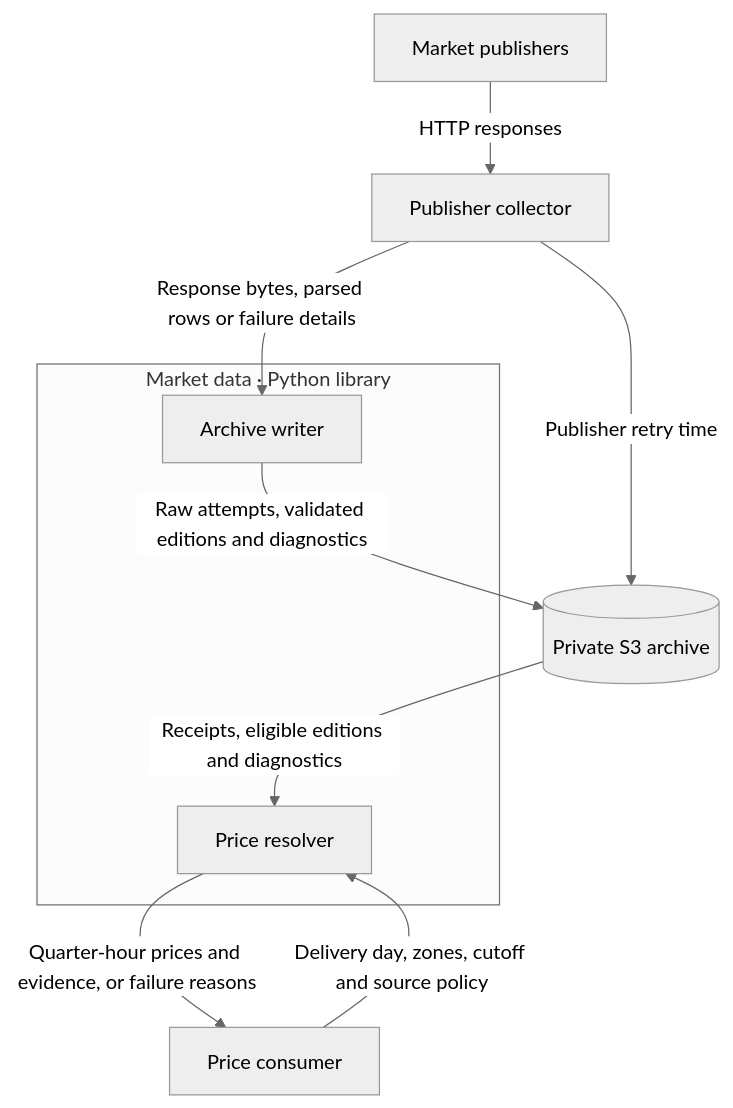
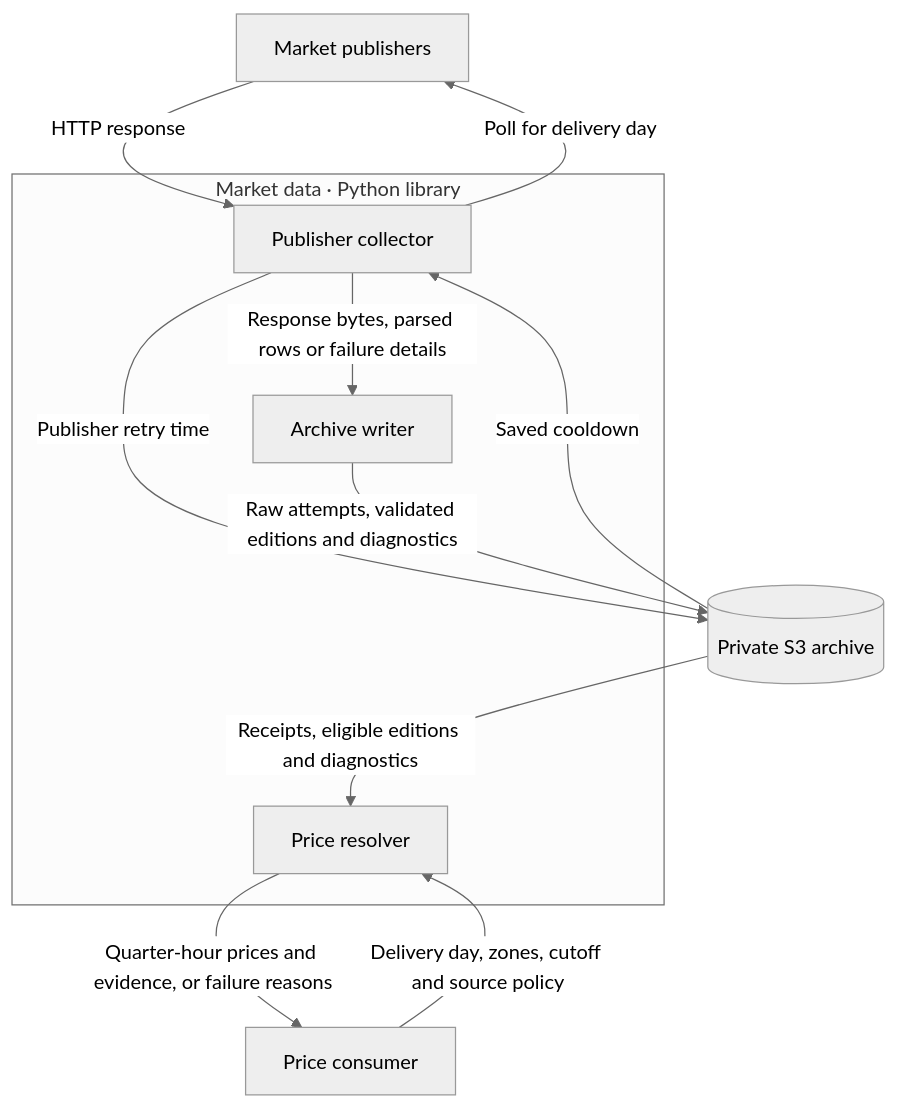
The diagram in coppersushi/pipelines/market_data/README.md (zoltanmaric/coppersushi), drawn with Mermaid (neutral theme) before and after one commit. The commit also changed other lines of this file and 2 other files, not shown here.

Commit message:
Reject redacted no-data acknowledgements before interpreting publisher results

````diff
--- a/coppersushi/pipelines/market_data/README.md
+++ b/coppersushi/pipelines/market_data/README.md
@@ -9,16 +9,20 @@
 ```mermaid
 flowchart TB
-    Publishers["Market publishers"] -->|HTTP responses| Caller["Publisher collector"]
-    Caller -->|Publisher retry time| Archive
+    Publishers["Market publishers"]
     Consumer["Price consumer"]
     subgraph Market["Market data · Python library"]
+        Caller["Publisher collector"]
         Writer["Archive writer"]
         Resolver["Price resolver"]
     end
     Archive[("Private S3 archive")]
+    Caller -->|Poll for delivery day| Publishers
+    Publishers -->|HTTP response| Caller
+    Caller -->|Publisher retry time| Archive
+    Archive -->|Saved cooldown| Caller
     Caller -->|Response bytes, parsed rows or failure details| Writer
     Writer -->|Raw attempts, validated editions and diagnostics| Archive
     Consumer -->|Delivery day, zones, cutoff and source policy| Resolver
     Archive -->|Receipts, eligible editions and diagnostics| Resolver
     Resolver -->|Quarter-hour prices and evidence, or failure reasons| Consumer
 ```
````
